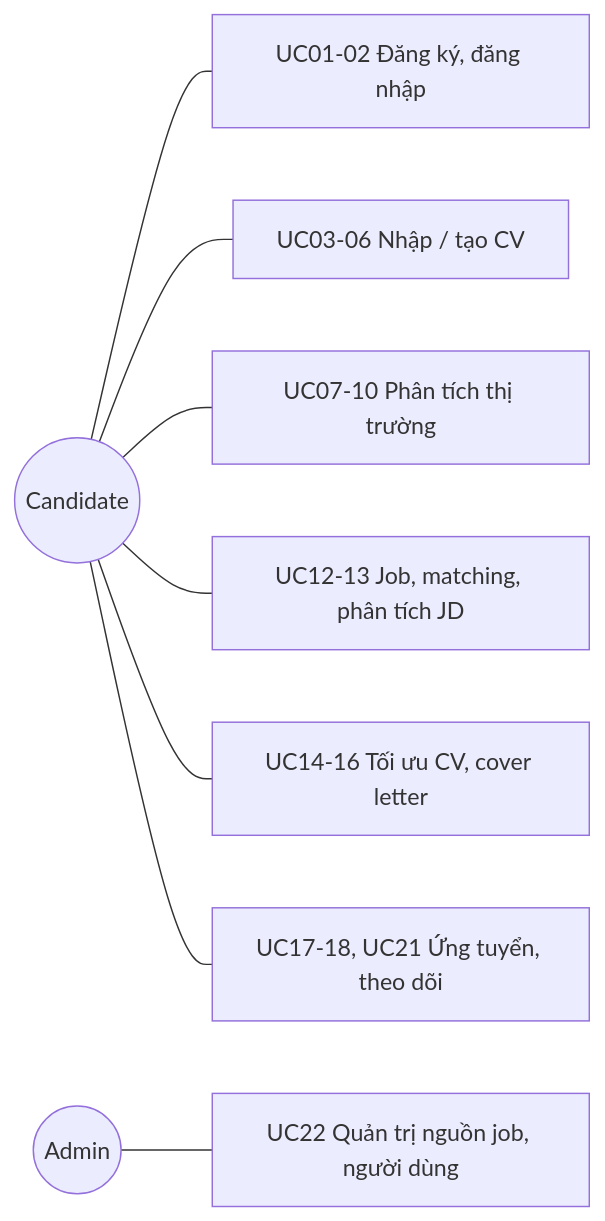
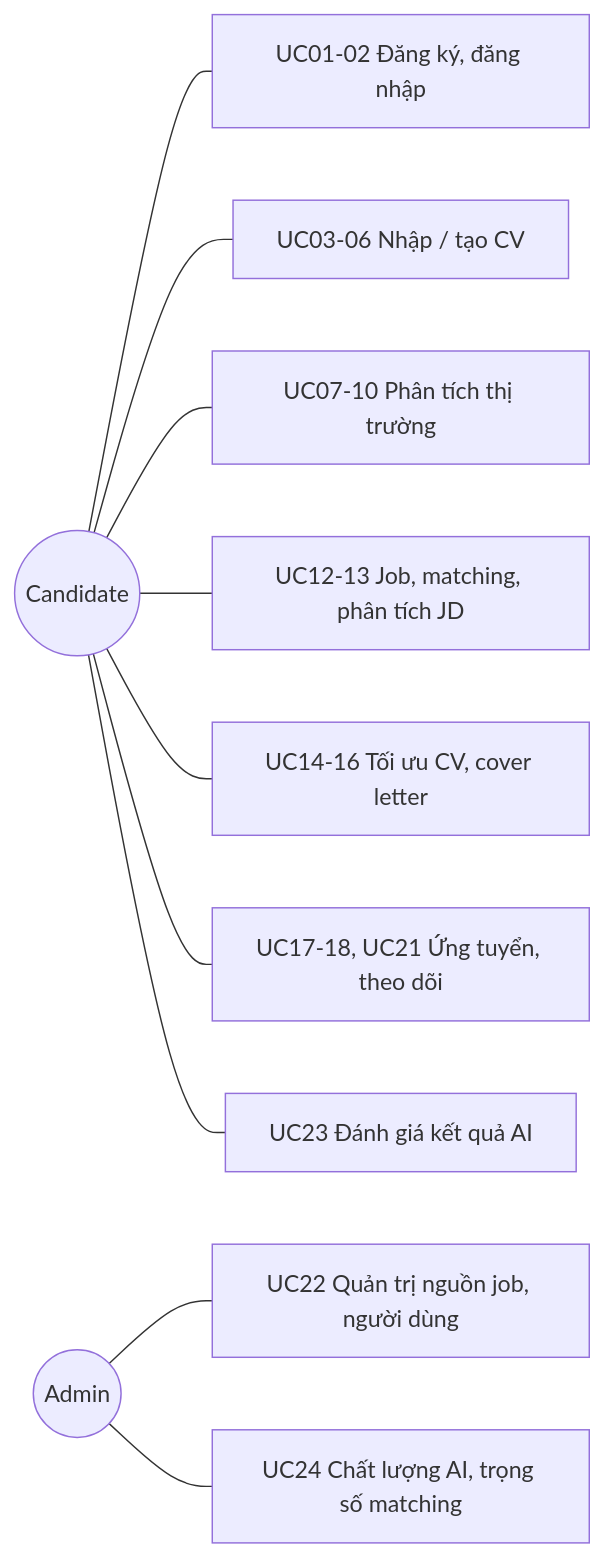
One commit to DuykoNgu/auto_apply_jobs changed the diagram in README.md. Above: the diagram before and after it, drawn with Mermaid. The commit also changed other lines of this file and 7 other files, not shown here.

````diff
--- a/README.md
+++ b/README.md
@@ -60,12 +64,14 @@
 ```mermaid
 flowchart LR
     C(("Candidate"))
     A(("Admin"))
     C --- UC01["UC01-02 Đăng ký, đăng nhập"]
     C --- UC03["UC03-06 Nhập / tạo CV"]
     C --- UC07["UC07-10 Phân tích thị trường"]
     C --- UC12["UC12-13 Job, matching, phân tích JD"]
     C --- UC14["UC14-16 Tối ưu CV, cover letter"]
     C --- UC17["UC17-18, UC21 Ứng tuyển, theo dõi"]
+    C --- UC23["UC23 Đánh giá kết quả AI"]
     A --- UC22["UC22 Quản trị nguồn job, người dùng"]
+    A --- UC24["UC24 Chất lượng AI, trọng số matching"]
 ```
````
